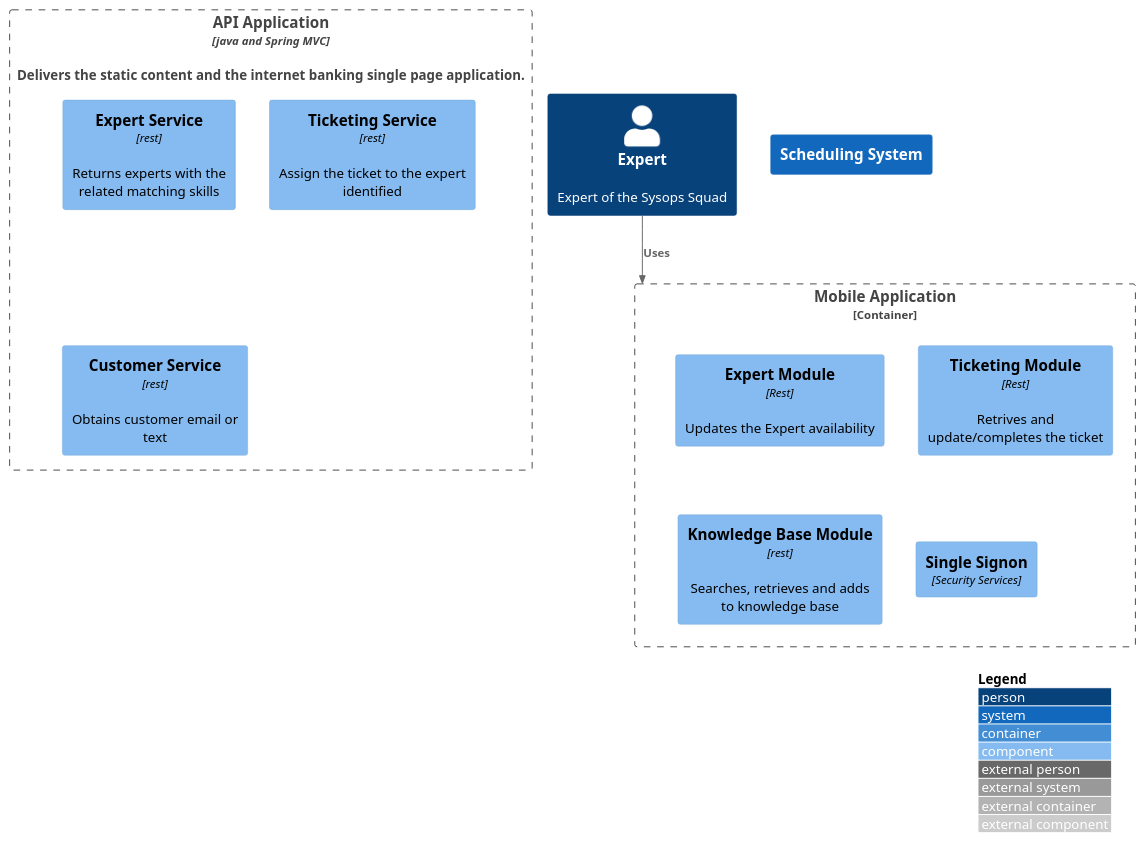
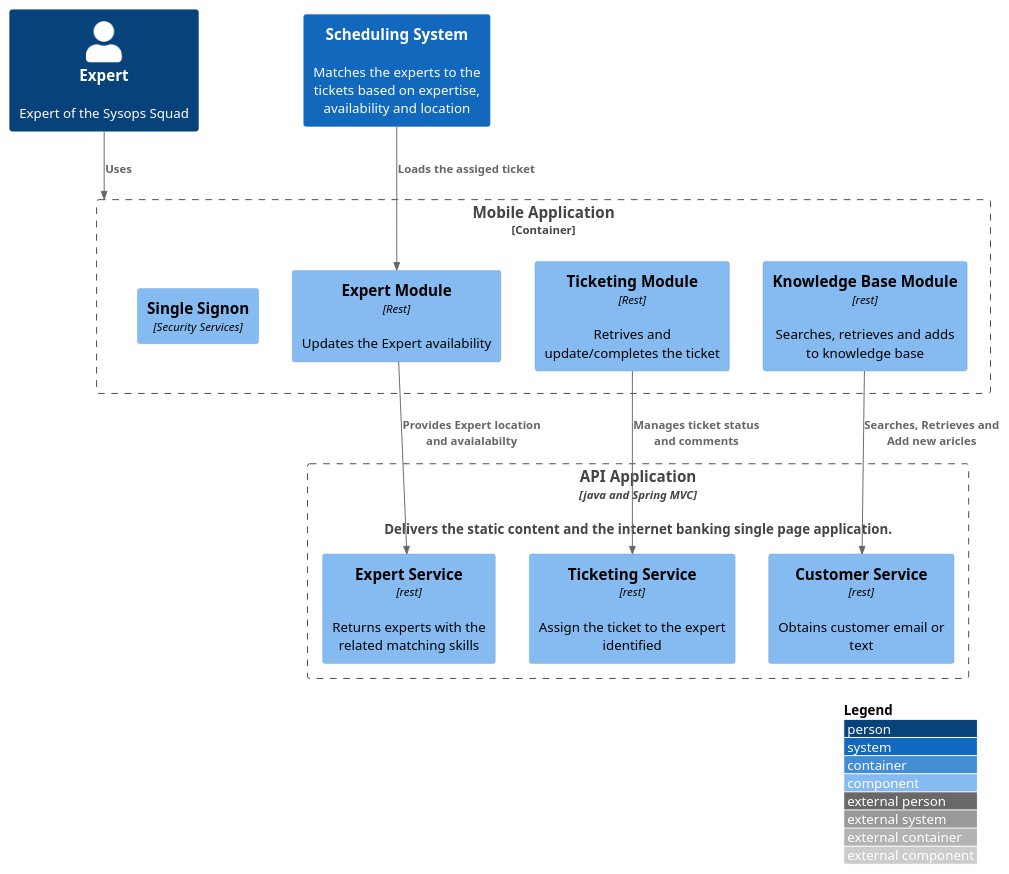
The diagram in src/1 Sysops Squad/Mobile App/container.puml (architectonics/sysopssquad), drawn with PlantUML before and after one commit. The commit also changed 5 other files, not shown here.

```diff
--- a/src/1 Sysops Squad/Mobile App/container.puml
+++ b/src/1 Sysops Squad/Mobile App/container.puml
@@ -1,29 +1,34 @@
 @startuml
 !include https://raw.githubusercontent.com/adrianvlupu/C4-PlantUML/latest/C4_Component.puml
 
 LAYOUT_WITH_LEGEND()
 
 Person(expert, "Expert", "Expert of the Sysops Squad")
 Container(api, "API Application", "java and Spring MVC", "Delivers the static content and the internet banking single page application.")
-System(scs, "Scheduling System")
+System(scs, "Scheduling System", "Matches the experts to the tickets based on expertise, availability and location")
 
 Container_Boundary(api, "API"){
 
     Component(expertsvc, "Expert Service", "rest", "Returns experts with the related matching skills")
     Component(ticketsvc, "Ticketing Service", "rest", "Assign the ticket to the expert identified")
     Component(kbsvc, "Customer Service", "rest", "Obtains customer email or text")
 
 }
 
 
 Container_Boundary(ma, "Mobile Application") {
     Component(expertmod, "Expert Module", "Rest", "Updates the Expert availability")
     Component(ticketmod, "Ticketing Module", "Rest", "Retrives and update/completes the ticket")
     Component(kbmod, "Knowledge Base Module", "rest", "Searches, retrieves and adds to knowledge base")
     Component(sso, "Single Signon", "Security Services")
 
     Rel(expert, ma, "Uses")
+    Rel(expertmod, expertsvc, "Provides Expert location and avaialabilty")
+    Rel(ticketmod, ticketsvc, "Manages ticket status and comments")
+    Rel(kbmod, kbsvc, "Searches, Retrieves and Add new aricles")
+
+    Rel(scs, expertmod, "Loads the assiged ticket")
 }
 
 
 @enduml
```
